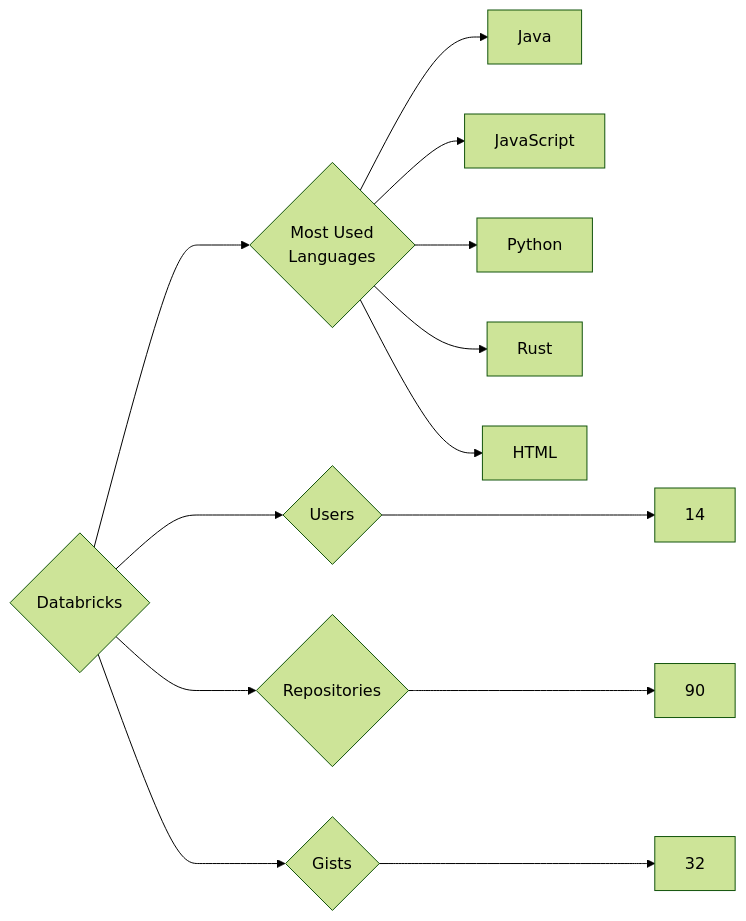
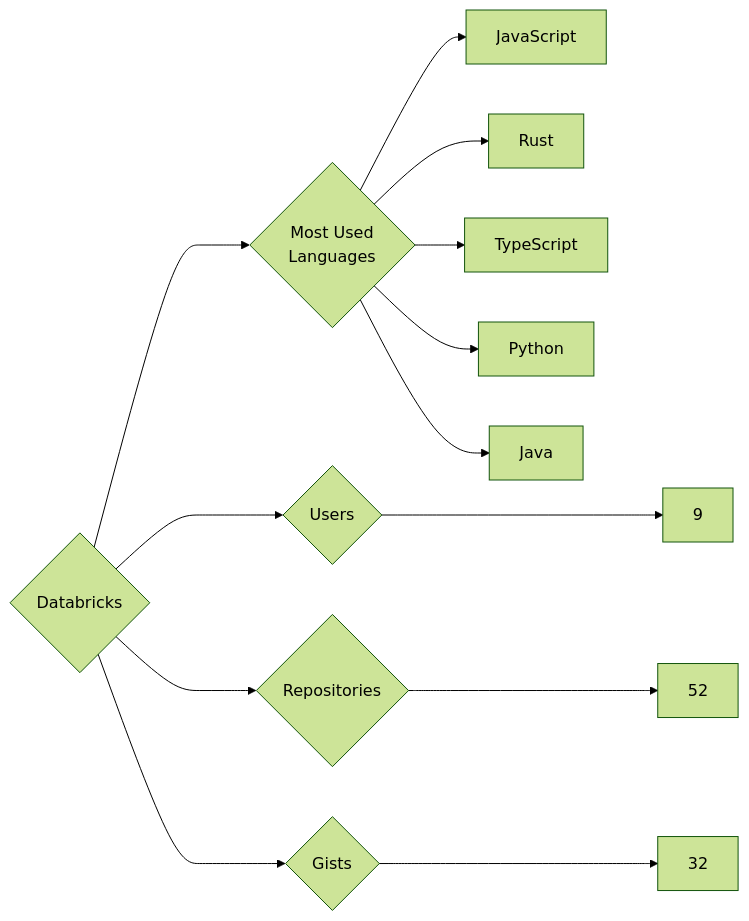
The diagram in targets/Databricks/README.md (trickest/insiders), drawn with Mermaid (forest theme) before and after one commit. The commit also changed 815 other files, not shown here.

````diff
--- a/targets/Databricks/README.md
+++ b/targets/Databricks/README.md
@@ -3,13 +3,13 @@
 ```mermaid
 graph LR
 COMPANY_NAME{Databricks}
-COMPANY_NAME ---> U{Users} ---> UN[14]
-COMPANY_NAME ---> R{Repositories} ---> RN[90]
+COMPANY_NAME ---> U{Users} ---> UN[9]
+COMPANY_NAME ---> R{Repositories} ---> RN[52]
 COMPANY_NAME ---> G{Gists} ---> GN[32]
 COMPANY_NAME ---> ML{Most Used<br>Languages}
+ML --> JavaScript[JavaScript]
+ML --> Rust[Rust]
+ML --> TypeScript[TypeScript]
+ML --> Python[Python]
 ML --> Java[Java]
-ML --> JavaScript[JavaScript]
-ML --> Python[Python]
-ML --> Rust[Rust]
-ML --> HTML[HTML]
 ```
````
